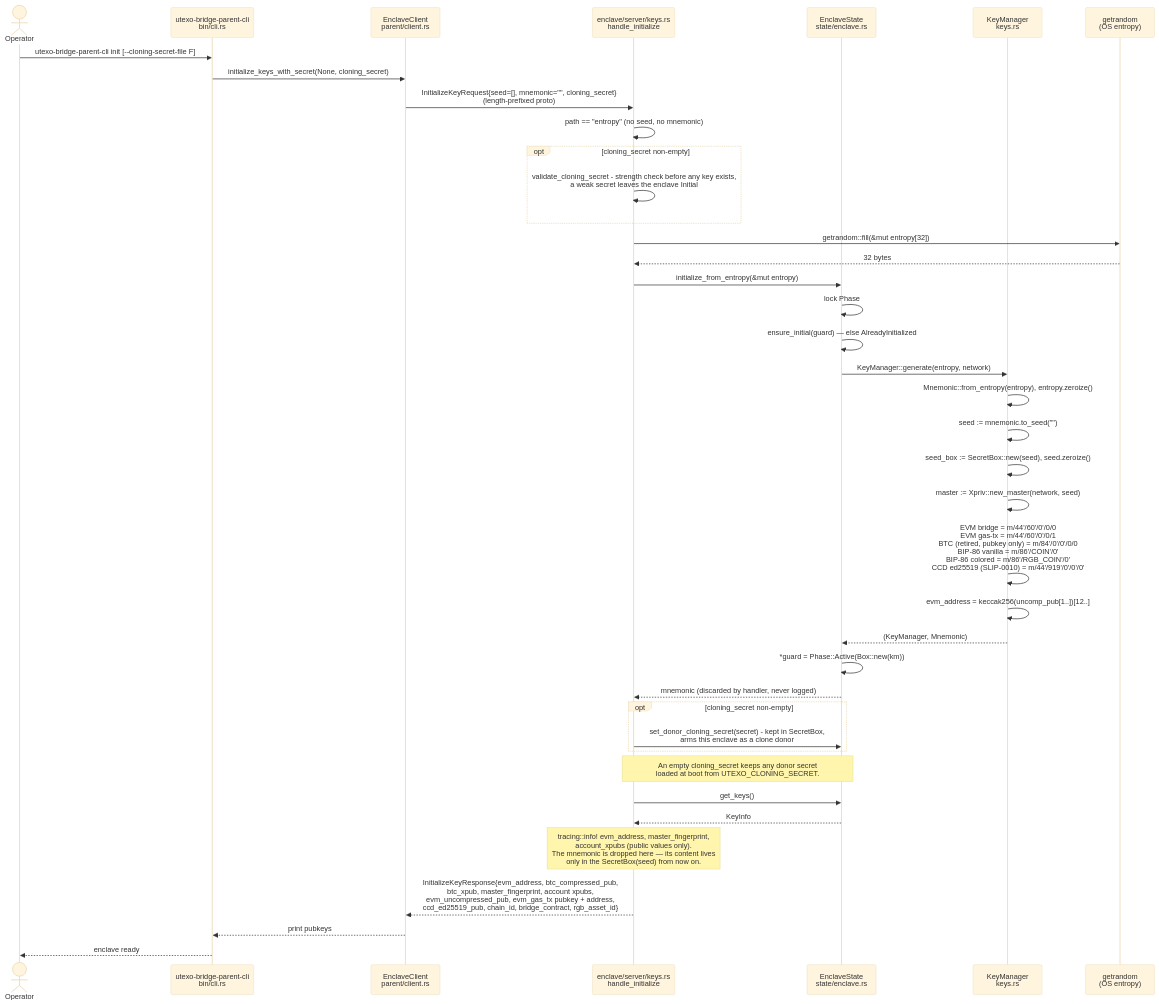
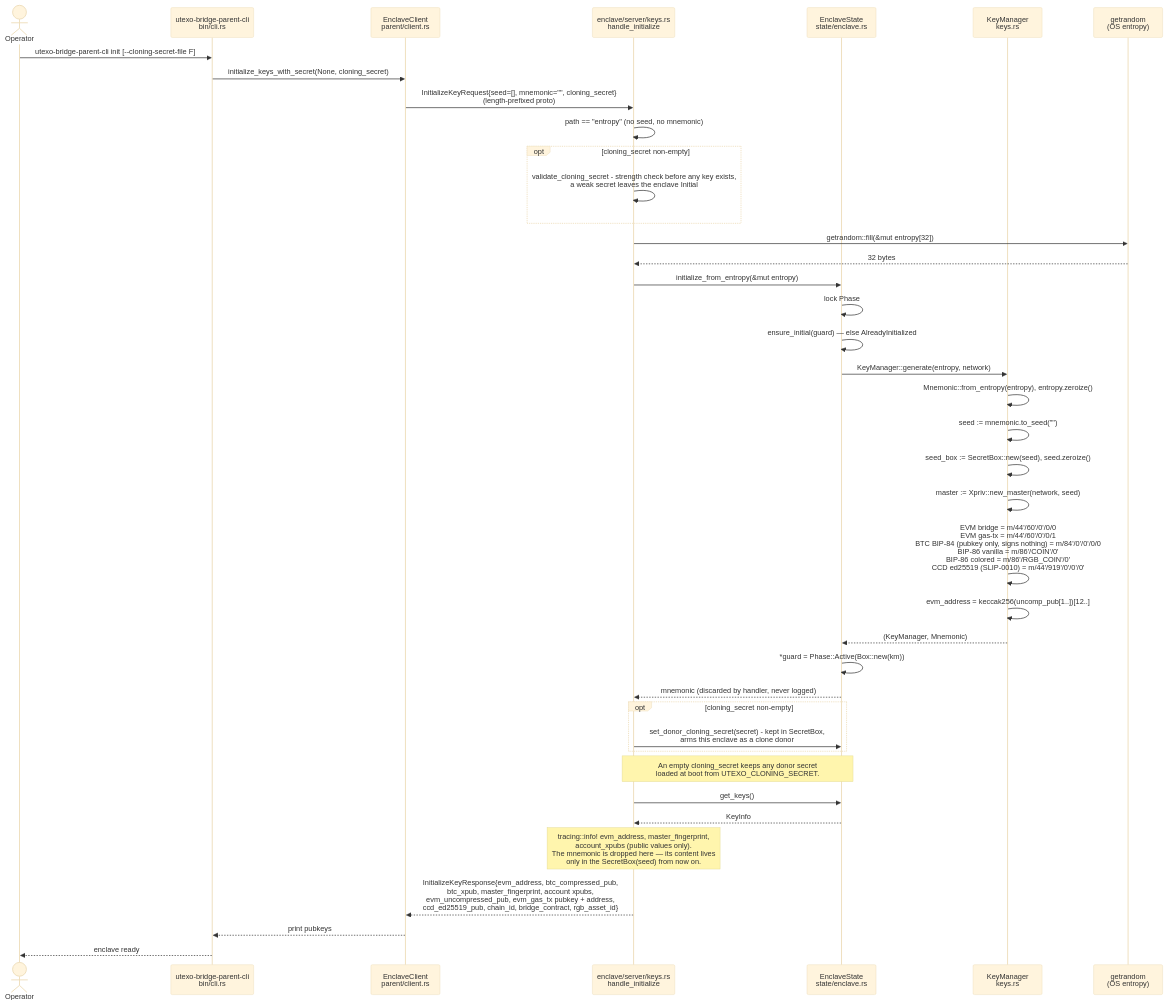
One commit to UTEXO-Protocol/enclave-signer changed the diagram in docs/diagrams/07-seq-initialize-keys.md. Above: the diagram before and after it, drawn with Mermaid (base theme). The commit also changed 82 other files, not shown here.

````diff
--- a/docs/diagrams/07-seq-initialize-keys.md
+++ b/docs/diagrams/07-seq-initialize-keys.md
@@ -6,50 +6,50 @@
 ```mermaid
 sequenceDiagram
     actor Op as Operator
     participant Cli as utexo-bridge-parent-cli<br/>bin/cli.rs
     participant PClient as EnclaveClient<br/>parent/client.rs
     participant Srv as enclave/server/keys.rs<br/>handle_initialize
     participant State as EnclaveState<br/>state/enclave.rs
     participant Km as KeyManager<br/>keys.rs
     participant Rand as getrandom<br/>(OS entropy)
 
     Op->>Cli: utexo-bridge-parent-cli init [--cloning-secret-file F]
     Cli->>PClient: initialize_keys_with_secret(None, cloning_secret)
     PClient->>Srv: InitializeKeyRequest{seed=[], mnemonic="", cloning_secret}<br/>(length-prefixed proto)
 
     Srv->>Srv: path == "entropy" (no seed, no mnemonic)
     opt cloning_secret non-empty
         Srv->>Srv: validate_cloning_secret - strength check before any key exists,<br/>a weak secret leaves the enclave Initial
     end
     Srv->>Rand: getrandom::fill(&mut entropy[32])
     Rand-->>Srv: 32 bytes
     Srv->>State: initialize_from_entropy(&mut entropy)
 
     State->>State: lock Phase
     State->>State: ensure_initial(guard) — else AlreadyInitialized
     State->>Km: KeyManager::generate(entropy, network)
 
     Km->>Km: Mnemonic::from_entropy(entropy), entropy.zeroize()
     Km->>Km: seed := mnemonic.to_seed("")
     Km->>Km: seed_box := SecretBox::new(seed), seed.zeroize()
     Km->>Km: master := Xpriv::new_master(network, seed)
-    Km->>Km: EVM bridge = m/44'/60'/0'/0/0<br/>EVM gas-tx = m/44'/60'/0'/0/1<br/>BTC (retired, pubkey only) = m/84'/0'/0'/0/0<br/>BIP-86 vanilla = m/86'/COIN'/0'<br/>BIP-86 colored = m/86'/RGB_COIN'/0'<br/>CCD ed25519 (SLIP-0010) = m/44'/919'/0'/0'/0'
+    Km->>Km: EVM bridge = m/44'/60'/0'/0/0<br/>EVM gas-tx = m/44'/60'/0'/0/1<br/>BTC BIP-84 (pubkey only, signs nothing) = m/84'/0'/0'/0/0<br/>BIP-86 vanilla = m/86'/COIN'/0'<br/>BIP-86 colored = m/86'/RGB_COIN'/0'<br/>CCD ed25519 (SLIP-0010) = m/44'/919'/0'/0'/0'
     Km->>Km: evm_address = keccak256(uncomp_pub[1..])[12..]
     Km-->>State: (KeyManager, Mnemonic)
 
     State->>State: *guard = Phase::Active(Box::new(km))
     State-->>Srv: mnemonic (discarded by handler, never logged)
     opt cloning_secret non-empty
         Srv->>State: set_donor_cloning_secret(secret) - kept in SecretBox,<br/>arms this enclave as a clone donor
     end
     Note over Srv,State: An empty cloning_secret keeps any donor secret<br/>loaded at boot from UTEXO_CLONING_SECRET.
 
     Srv->>State: get_keys()
     State-->>Srv: KeyInfo
 
     Note over Srv: tracing::info! evm_address, master_fingerprint,<br/>account_xpubs (public values only).<br/>The mnemonic is dropped here — its content lives<br/>only in the SecretBox(seed) from now on.
 
     Srv-->>PClient: InitializeKeyResponse{evm_address, btc_compressed_pub,<br/>btc_xpub, master_fingerprint, account xpubs,<br/>evm_uncompressed_pub, evm_gas_tx pubkey + address,<br/>ccd_ed25519_pub, chain_id, bridge_contract, rgb_asset_id}
     PClient-->>Cli: print pubkeys
     Cli-->>Op: enclave ready
 ```
````
